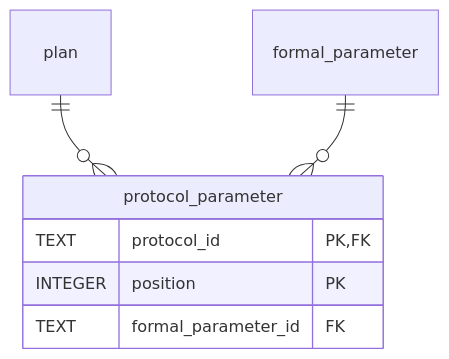
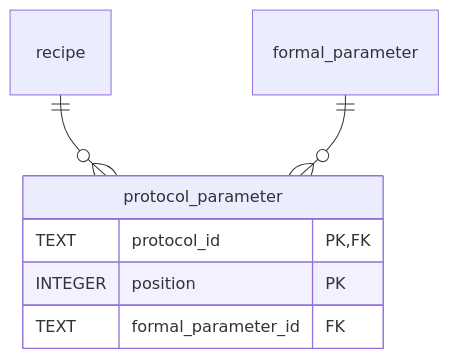
Diagram 13 of 18 in schemas/sql/design.md (HLWeil/ProcessCore), drawn with Mermaid before and after one commit. The commit also changed other lines of this file and 71 other files, not shown here.

Commit message:
rename plan to recipe

````diff
--- a/schemas/sql/design.md
+++ b/schemas/sql/design.md
@@ -411,10 +411,10 @@
 ```mermaid
 erDiagram
     protocol_parameter {
         TEXT protocol_id PK,FK
         INTEGER position PK
         TEXT formal_parameter_id FK
     }
-    plan ||--o{ protocol_parameter : ""
+    recipe ||--o{ protocol_parameter : ""
     formal_parameter ||--o{ protocol_parameter : ""
 ```
````
